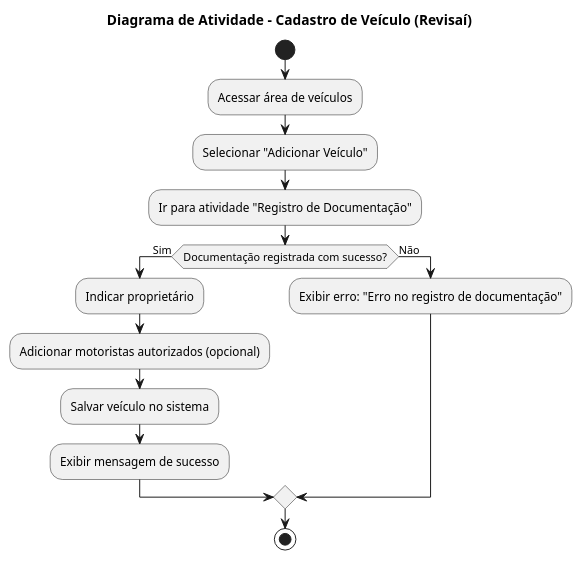
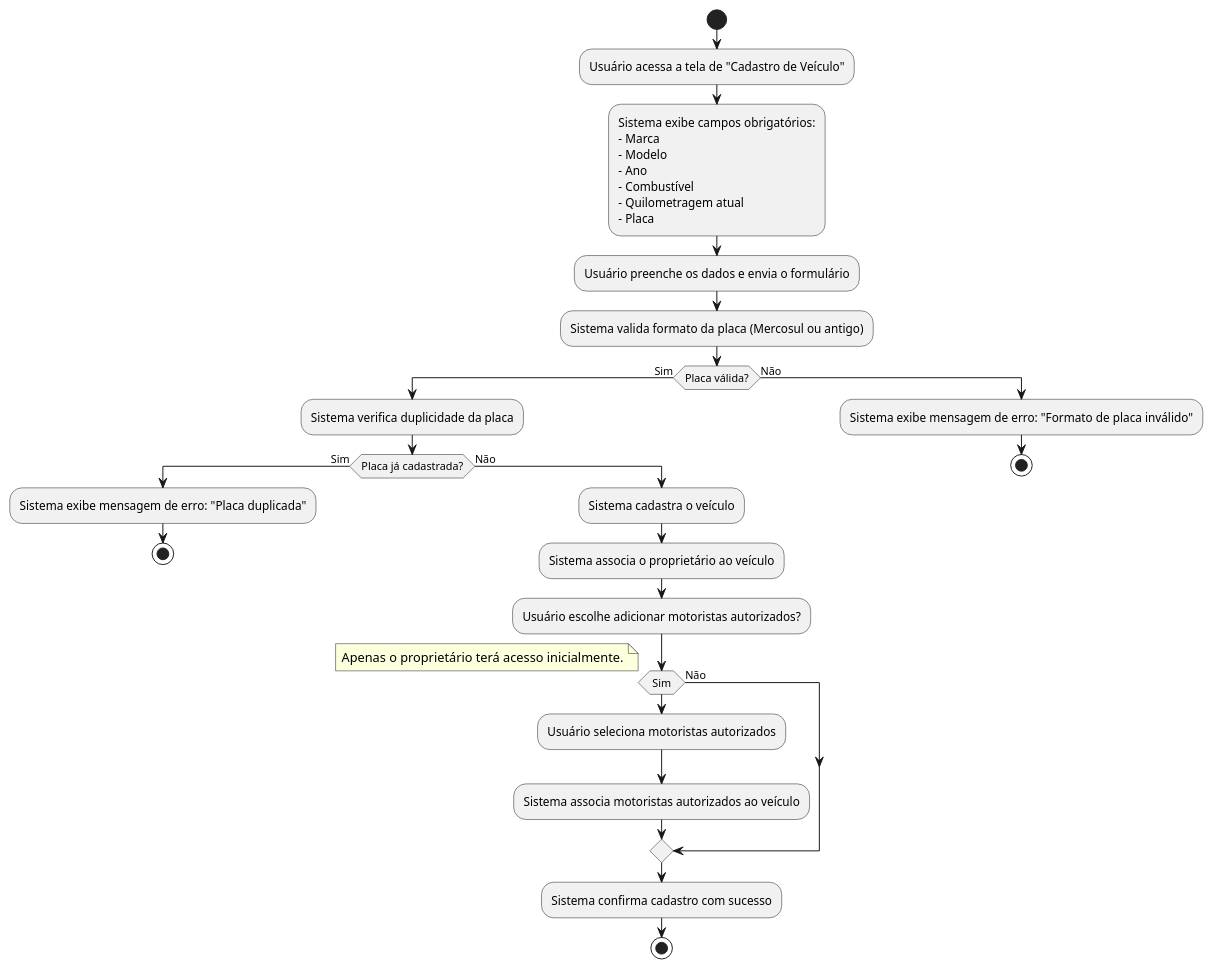
The diagram in modelos/UC_Cadastro_Veículo.md (adsifs/2025.1_AOO_AV), drawn with PlantUML before and after one commit. The commit also changed other lines of this file, not shown here.

````diff
--- a/modelos/UC_Cadastro_Veículo.md
+++ b/modelos/UC_Cadastro_Veículo.md
@@ -3,18 +12,50 @@
 ```puml
 @startuml
-title Diagrama de Atividade - Cadastro de Veículo (Revisaí)
 start
-:Acessar área de veículos;
-:Selecionar "Adicionar Veículo";
-:Ir para atividade "Registro de Documentação";
-if (Documentação registrada com sucesso?) then (Sim)
-:Indicar proprietário;
-:Adicionar motoristas autorizados (opcional);
-:Salvar veículo no sistema;
-:Exibir mensagem de sucesso;
+
+:Usuário acessa a tela de "Cadastro de Veículo";
+
+:Sistema exibe campos obrigatórios:
+- Marca
+- Modelo
+- Ano
+- Combustível
+- Quilometragem atual
+- Placa;
+
+:Usuário preenche os dados e envia o formulário;
+
+:Sistema valida formato da placa (Mercosul ou antigo);
+
+if (Placa válida?) then (Sim)
+  :Sistema verifica duplicidade da placa;
+
+  if (Placa já cadastrada?) then (Sim)
+    :Sistema exibe mensagem de erro: "Placa duplicada";
+    stop
+  else (Não)
+    :Sistema cadastra o veículo;
+    :Sistema associa o proprietário ao veículo;
+
+    :Usuário escolhe adicionar motoristas autorizados?;
+
+    if (Sim)
+      :Usuário seleciona motoristas autorizados;
+      :Sistema associa motoristas autorizados ao veículo;
+    else (Não)
+      note right
+      Apenas o proprietário terá acesso inicialmente.
+      end note
+    endif
+
+    :Sistema confirma cadastro com sucesso;
+    stop
+  endif
+
 else (Não)
-:Exibir erro: "Erro no registro de documentação";
+  :Sistema exibe mensagem de erro: "Formato de placa inválido";
+  stop
 endif
-stop
+
 @enduml
 ```
````
